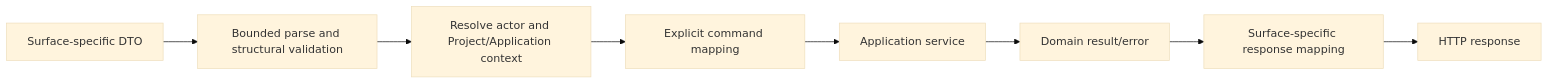
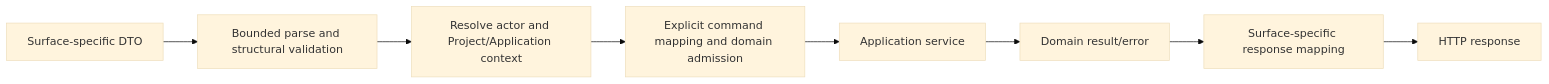
Before and after one commit to owlfoundry/owlauth: the second of 2 diagrams in spec/05-http-contract-and-surface-boundaries.md, drawn with Mermaid (base theme). The commit also changed other lines of this file and 35 other files, not shown here.

First line of the commit message:
docs(repo): define hosted web and SaaS architecture

````diff
--- a/spec/05-http-contract-and-surface-boundaries.md
+++ b/spec/05-http-contract-and-surface-boundaries.md
@@ -150,10 +174,10 @@
 ```mermaid
 flowchart LR
     Wire[Surface-specific DTO] --> Parse[Bounded parse and structural validation]
     Parse --> Context[Resolve actor and Project/Application context]
-    Context --> Map[Explicit command mapping]
+    Context --> Map[Explicit command mapping and domain admission]
     Map --> App[Application service]
     App --> Result[Domain result/error]
     Result --> Shape[Surface-specific response mapping]
     Shape --> WireOut[HTTP response]
 ```
````
